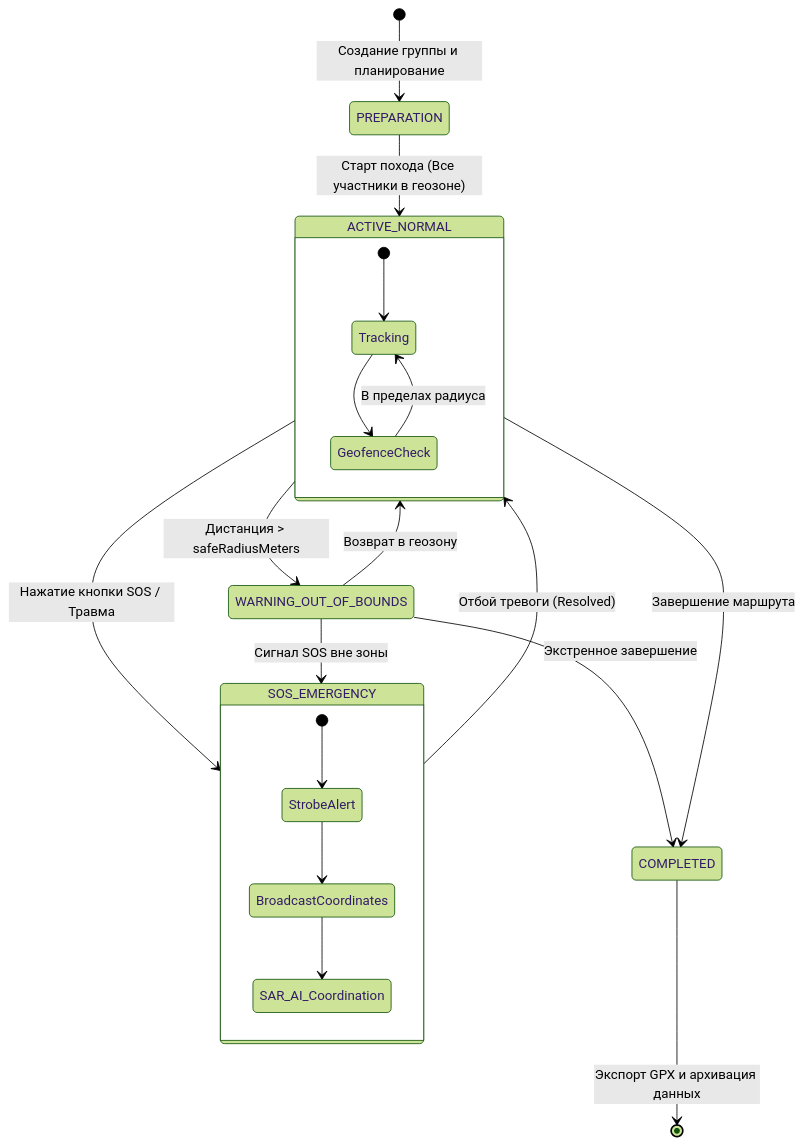
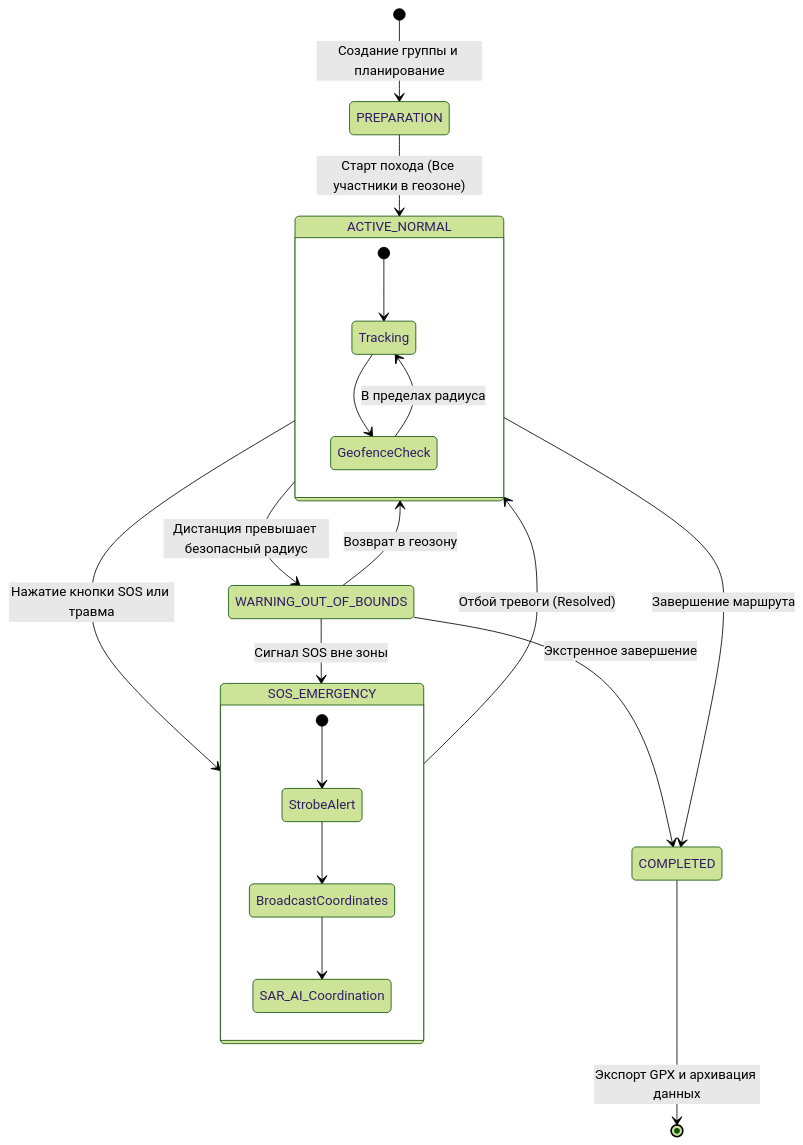
One commit to asakue/Treeline-Tracker changed the third of 3 diagrams in docs/03-architecture/system.md. Above: the diagram before and after it, drawn with Mermaid (forest theme). The commit also changed other lines of this file and 2 other files, not shown here.

First line of the commit message:
docs: update Mermaid diagrams

````diff
--- a/docs/03-architecture/system.md
+++ b/docs/03-architecture/system.md
@@ -310,31 +320,31 @@
 ```mermaid
 stateDiagram-v2
     [*] --> PREPARATION: Создание группы и планирование
     
     PREPARATION --> ACTIVE_NORMAL: Старт похода (Все участники в геозоне)
     
     state ACTIVE_NORMAL {
         [*] --> Tracking
         Tracking --> GeofenceCheck
         GeofenceCheck --> Tracking: В пределах радиуса
     }
 
-    ACTIVE_NORMAL --> WARNING_OUT_OF_BOUNDS: Дистанция > safeRadiusMeters
+    ACTIVE_NORMAL --> WARNING_OUT_OF_BOUNDS: Дистанция превышает безопасный радиус
     WARNING_OUT_OF_BOUNDS --> ACTIVE_NORMAL: Возврат в геозону
     
-    ACTIVE_NORMAL --> SOS_EMERGENCY: Нажатие кнопки SOS / Травма
+    ACTIVE_NORMAL --> SOS_EMERGENCY: Нажатие кнопки SOS или травма
     WARNING_OUT_OF_BOUNDS --> SOS_EMERGENCY: Сигнал SOS вне зоны
     
     state SOS_EMERGENCY {
         [*] --> StrobeAlert
         StrobeAlert --> BroadcastCoordinates
         BroadcastCoordinates --> SAR_AI_Coordination
     }
 
     SOS_EMERGENCY --> ACTIVE_NORMAL: Отбой тревоги (Resolved)
     
     ACTIVE_NORMAL --> COMPLETED: Завершение маршрута
     WARNING_OUT_OF_BOUNDS --> COMPLETED: Экстренное завершение
     
     COMPLETED --> [*]: Экспорт GPX и архивация данных
 ```
````
